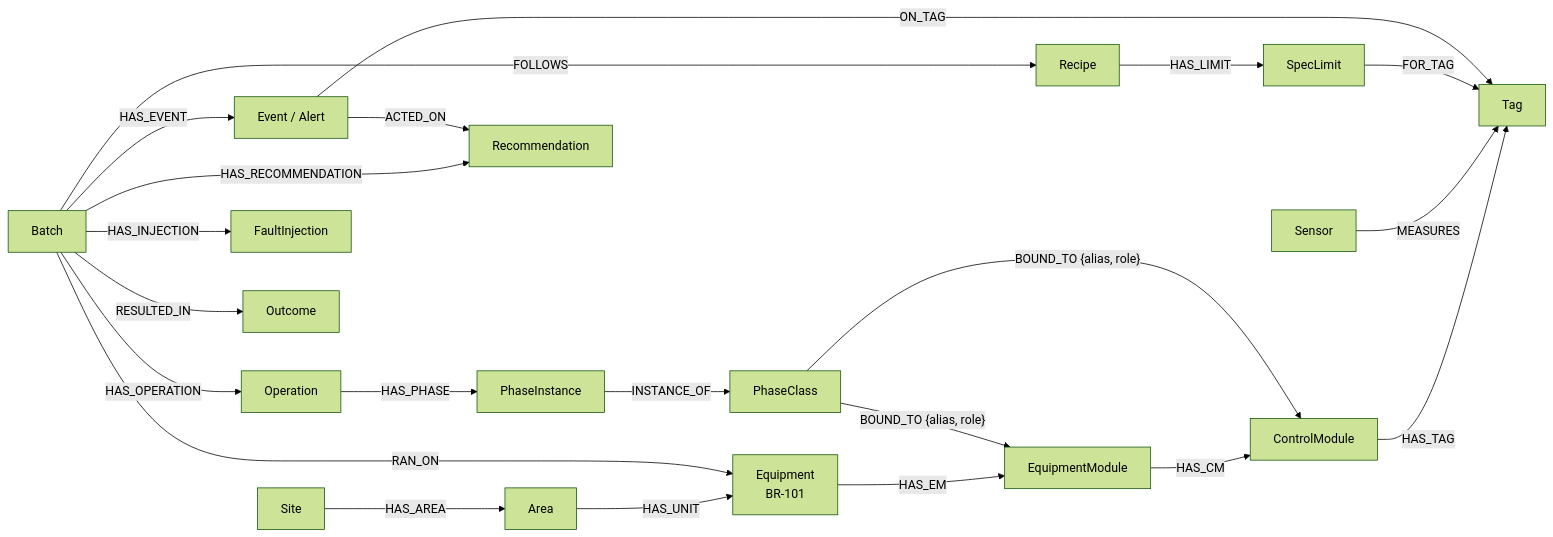
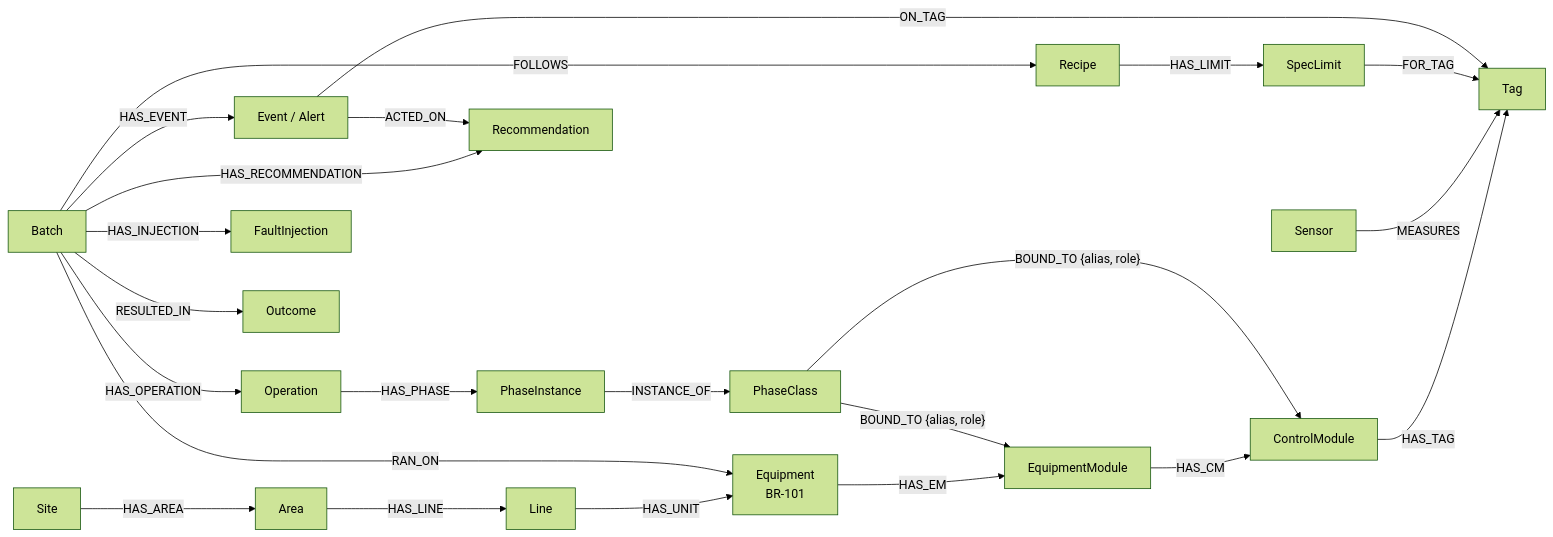
The second of 2 diagrams in docs/architecture.md (ramu-erode/pharma-4), drawn with Mermaid (forest theme) before and after one commit. The commit also changed other lines of this file and 20 other files, not shown here.

First line of the commit message:
Build increment 3: knowledge graph and phase attribution

````diff
--- a/docs/architecture.md
+++ b/docs/architecture.md
@@ -253,24 +253,25 @@
 ```mermaid
 flowchart LR
   Site -->|HAS_AREA| Area
-  Area -->|HAS_UNIT| Equip[Equipment<br/>BR-101]
+  Area -->|HAS_LINE| Line
+  Line -->|HAS_UNIT| Equip[Equipment<br/>BR-101]
   Equip -->|HAS_EM| EM[EquipmentModule]
   EM -->|HAS_CM| CM[ControlModule]
   CM -->|HAS_TAG| Tag
   Sensor -->|MEASURES| Tag
   PC[PhaseClass] -->|"BOUND_TO {alias, role}"| EM
   PC -->|"BOUND_TO {alias, role}"| CM
   Batch -->|RAN_ON| Equip
   Batch -->|FOLLOWS| Recipe
   Recipe -->|HAS_LIMIT| Spec[SpecLimit]
   Spec -->|FOR_TAG| Tag
   Batch -->|HAS_OPERATION| Op[Operation]
   Op -->|HAS_PHASE| PI[PhaseInstance]
   PI -->|INSTANCE_OF| PC
   Batch -->|HAS_EVENT| Event[Event / Alert]
   Event -->|ON_TAG| Tag
   Batch -->|HAS_RECOMMENDATION| Rec[Recommendation]
   Event -->|ACTED_ON| Rec
   Batch -->|HAS_INJECTION| FI[FaultInjection]
   Batch -->|RESULTED_IN| Outcome
 ```
````
